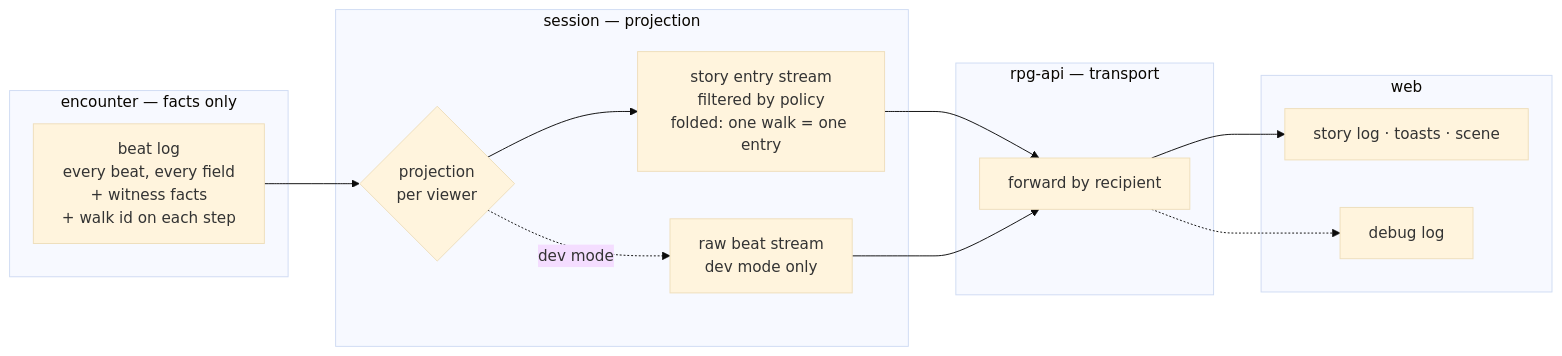
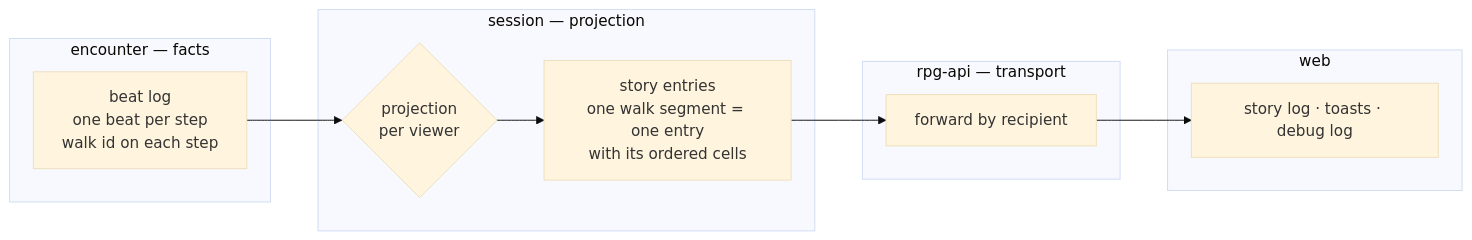
Before and after one commit to KirkDiggler/rpg-project: the first of 2 diagrams in ideas/event-projection/design.md, drawn with Mermaid (base theme). The commit also changed other lines of this file, not shown here.

````diff
--- a/ideas/event-projection/design.md
+++ b/ideas/event-projection/design.md
@@ -9,21 +9,17 @@
 ```mermaid
 flowchart LR
-    subgraph toolkit-encounter[encounter — facts only]
-        B[beat log<br/>every beat, every field<br/>+ witness facts<br/>+ walk id on each step]
+    subgraph toolkit-encounter[encounter — facts]
+        B[beat log<br/>one beat per step<br/>walk id on each step]
     end
     subgraph toolkit-session[session — projection]
         P{projection<br/>per viewer}
-        S[story entry stream<br/>filtered by policy<br/>folded: one walk = one entry]
-        R[raw beat stream<br/>dev mode only]
+        S[story entries<br/>one walk segment = one entry<br/>with its ordered cells]
     end
     subgraph rpg-api[rpg-api — transport]
         T[forward by recipient]
     end
     subgraph web[web]
-        U[story log · toasts · scene]
-        D[debug log]
+        U[story log · toasts · debug log]
     end
-    B --> P
-    P --> S --> T --> U
-    P -. dev mode .-> R --> T -.-> D
+    B --> P --> S --> T --> U
 ```
````
